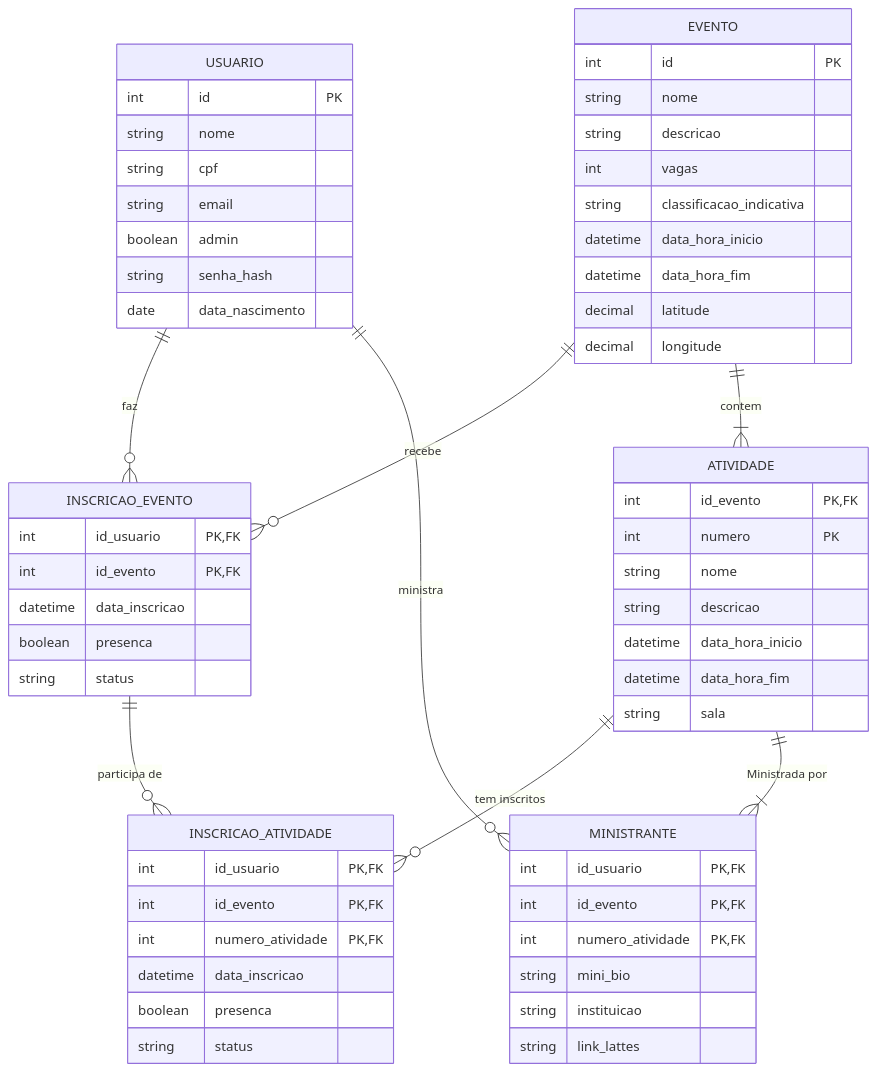
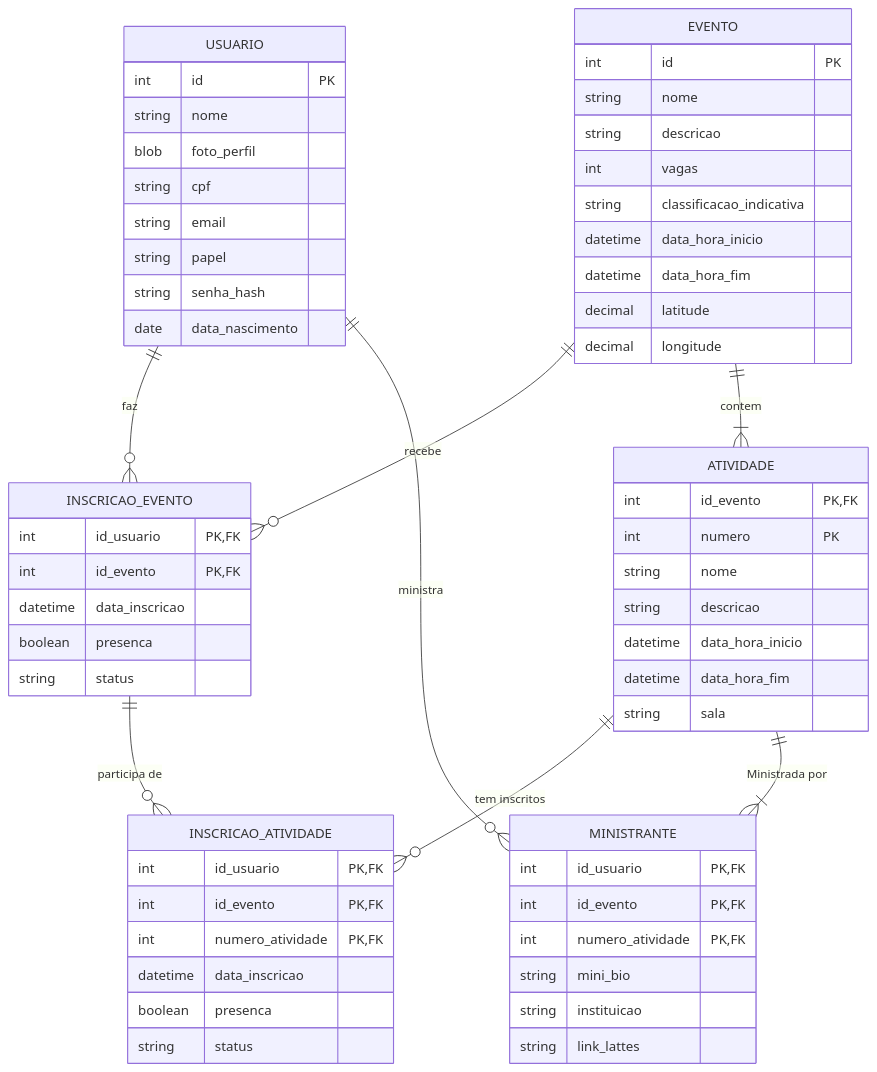
Before and after one commit to regispires/fbd2026: the diagram in README.md, drawn with Mermaid. The commit also changed other lines of this file and 2 other files, not shown here.

Commit message:
Atualizando diagramas para incluir foto_perfil e papel para a tabela usuário

````diff
--- a/README.md
+++ b/README.md
@@ -24,68 +24,69 @@
 ```mermaid
 erDiagram
     USUARIO {
         int id PK
         string nome
+        blob foto_perfil
         string cpf
         string email
-        boolean admin
+        string papel
         string senha_hash
         date data_nascimento
     }
 
     EVENTO {
         int id PK
         string nome
         string descricao
         int vagas
         string classificacao_indicativa
         datetime data_hora_inicio
         datetime data_hora_fim
         decimal latitude
         decimal longitude
     }
 
     ATIVIDADE {
         int id_evento PK, FK
         int numero PK
         string nome
         string descricao
         datetime data_hora_inicio
         datetime data_hora_fim
         string sala
     }
 
     INSCRICAO_EVENTO {
         int id_usuario PK, FK
         int id_evento PK, FK
         datetime data_inscricao
         boolean presenca
         string status
     }
 
     INSCRICAO_ATIVIDADE {
         int id_usuario PK, FK
         int id_evento PK, FK
         int numero_atividade PK, FK
         datetime data_inscricao
         boolean presenca
         string status
     }
 
     MINISTRANTE {
         int id_usuario PK, FK
         int id_evento PK, FK
         int numero_atividade PK, FK
         string mini_bio
         string instituicao
         string link_lattes
     }
 
     USUARIO ||--o{ INSCRICAO_EVENTO : "faz"
     EVENTO ||--o{ INSCRICAO_EVENTO : "recebe"
     EVENTO ||--|{ ATIVIDADE : "contem"
     INSCRICAO_EVENTO ||--o{ INSCRICAO_ATIVIDADE : "participa de"
     ATIVIDADE ||--o{ INSCRICAO_ATIVIDADE : "tem inscritos"
     USUARIO ||--o{ MINISTRANTE : "ministra"
     ATIVIDADE ||--|{ MINISTRANTE : "Ministrada por"
 ```
````
